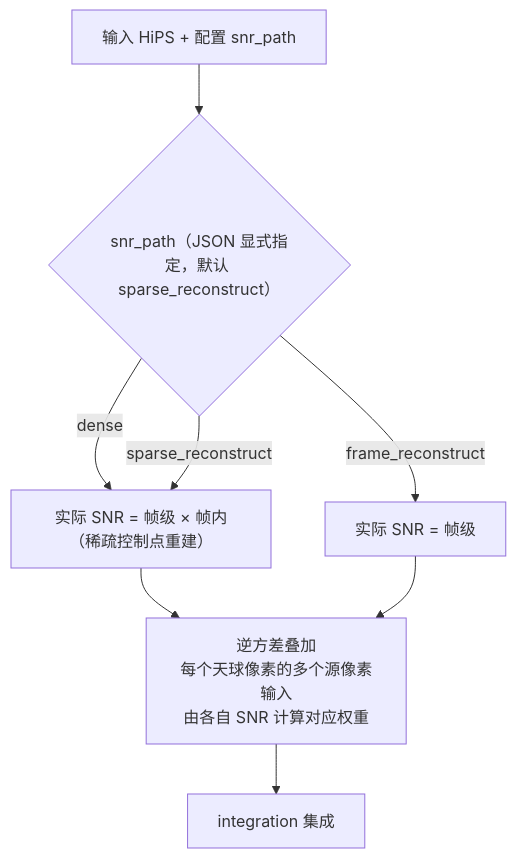
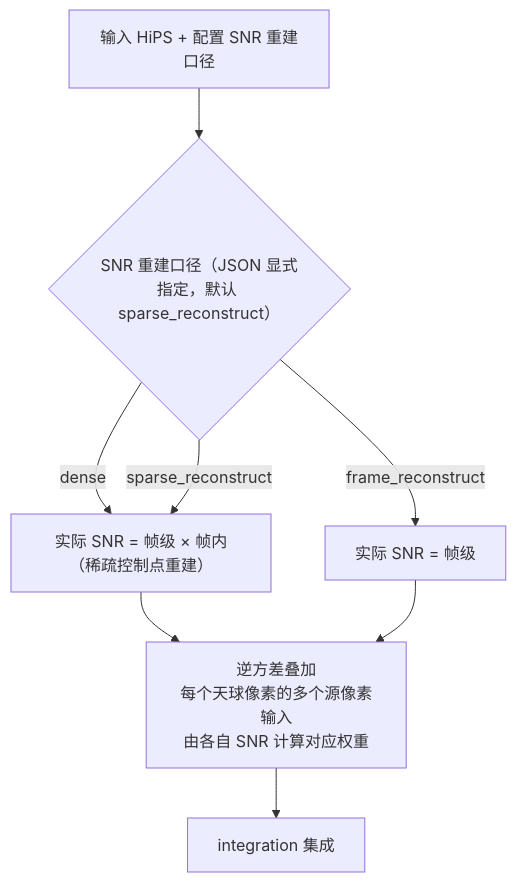
One commit to fujiaze/Astro-CS-Database changed the sixth of 12 diagrams in ASTROCS_DESIGN.md. Above: the diagram before and after it, drawn with Mermaid. The commit also changed other lines of this file, not shown here.

````diff
--- a/ASTROCS_DESIGN.md
+++ b/ASTROCS_DESIGN.md
@@ -400,10 +478,10 @@
 ```mermaid
 flowchart TD
-    IN["输入 HiPS + 配置 snr_path"] --> DET{"snr_path（JSON 显式指定，默认 sparse_reconstruct）"}
+    IN["输入 HiPS + 配置 SNR 重建口径"] --> DET{"SNR 重建口径（JSON 显式指定，默认 sparse_reconstruct）"}
     DET -->|dense| F["实际 SNR = 帧级 × 帧内稠密"]
     DET -->|sparse_reconstruct| F["实际 SNR = 帧级 × 帧内（稀疏控制点重建）"]
     DET -->|frame_reconstruct| F2["实际 SNR = 帧级"]
     F --> W["逆方差叠加<br/>每个天球像素的多个源像素输入<br/>由各自 SNR 计算对应权重"]
     F2 --> W
     W --> INT["integration 集成"]
 ```
````
